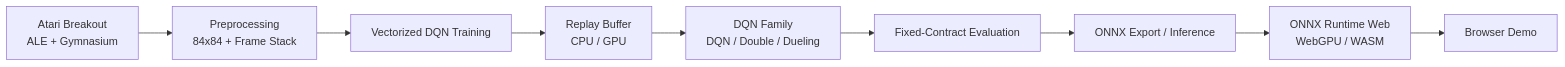
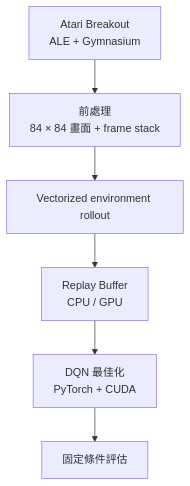
Before and after one commit to Tommyweige/breakout-rl-engineering: the first of 2 diagrams in README.zh-TW.md, drawn with Mermaid. The commit also changed other lines of this file, not shown here.

Commit message:
docs: improve Chinese README architecture diagrams

````diff
--- a/README.zh-TW.md
+++ b/README.zh-TW.md
@@ -21,11 +23,11 @@
 ```mermaid
-flowchart LR
-    A[Atari Breakout\nALE + Gymnasium] --> B[Preprocessing\n84x84 + Frame Stack]
-    B --> C[Vectorized DQN Training]
-    C --> D[Replay Buffer\nCPU / GPU]
-    D --> E[DQN Family\nDQN / Double / Dueling]
-    E --> F[Fixed-Contract Evaluation]
-    F --> G[ONNX Export / Inference]
-    G --> H[ONNX Runtime Web\nWebGPU / WASM]
-    H --> I[Browser Demo]
+flowchart TB
+    A["Atari Breakout<br/>ALE + Gymnasium"]
+    B["前處理<br/>84 × 84 畫面 + frame stack"]
+    C["Vectorized environment rollout"]
+    D["Replay Buffer<br/>CPU / GPU"]
+    E["DQN 最佳化<br/>PyTorch + CUDA"]
+    F["固定條件評估"]
+
+    A --> B --> C --> D --> E --> F
 ```
````
